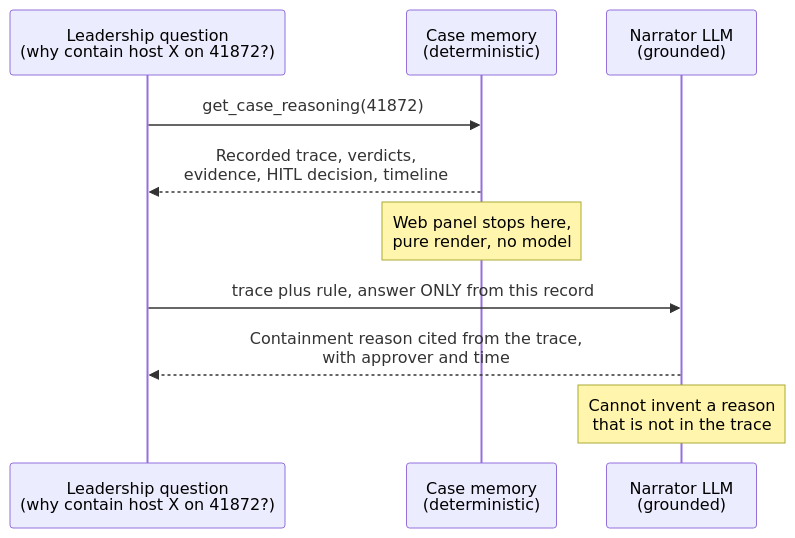
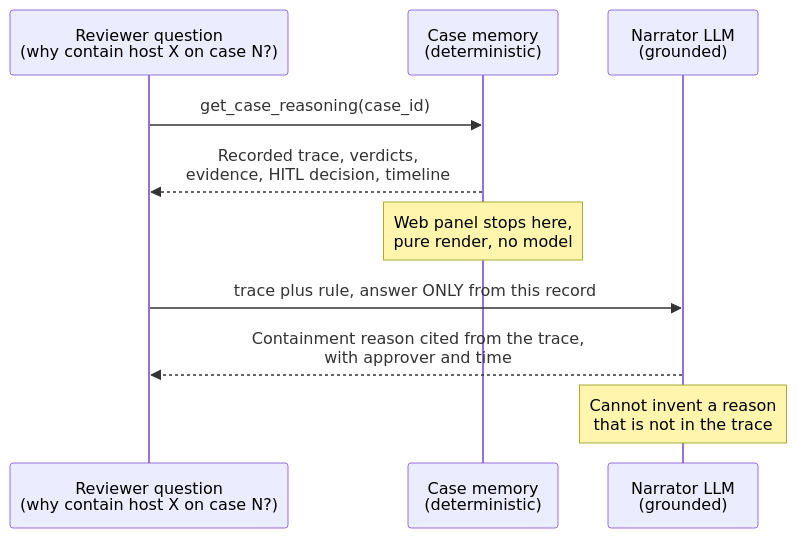
One commit to vinayvobbili/vinayvobbili.github.io changed the second of 2 diagrams in _posts/2026-06-20-soc-in-a-box-case-memory.md. Above: the diagram before and after it, drawn with Mermaid. The commit also changed other lines of this file and 11 other files, not shown here.

````diff
--- a/_posts/2026-06-20-soc-in-a-box-case-memory.md
+++ b/_posts/2026-06-20-soc-in-a-box-case-memory.md
@@ -96,12 +96,12 @@
 ```mermaid
 sequenceDiagram
-    participant User as Leadership question<br/>(why contain host X on 41872?)
+    participant User as Reviewer question<br/>(why contain host X on case N?)
     participant Mem as Case memory<br/>(deterministic)
     participant LLM as Narrator LLM<br/>(grounded)
-    User->>Mem: get_case_reasoning(41872)
+    User->>Mem: get_case_reasoning(case_id)
     Mem-->>User: Recorded trace, verdicts,<br/>evidence, HITL decision, timeline
     Note over Mem: Web panel stops here,<br/>pure render, no model
     User->>LLM: trace plus rule, answer ONLY from this record
     LLM-->>User: Containment reason cited from the trace,<br/>with approver and time
     Note over LLM: Cannot invent a reason<br/>that is not in the trace
 ```
````
